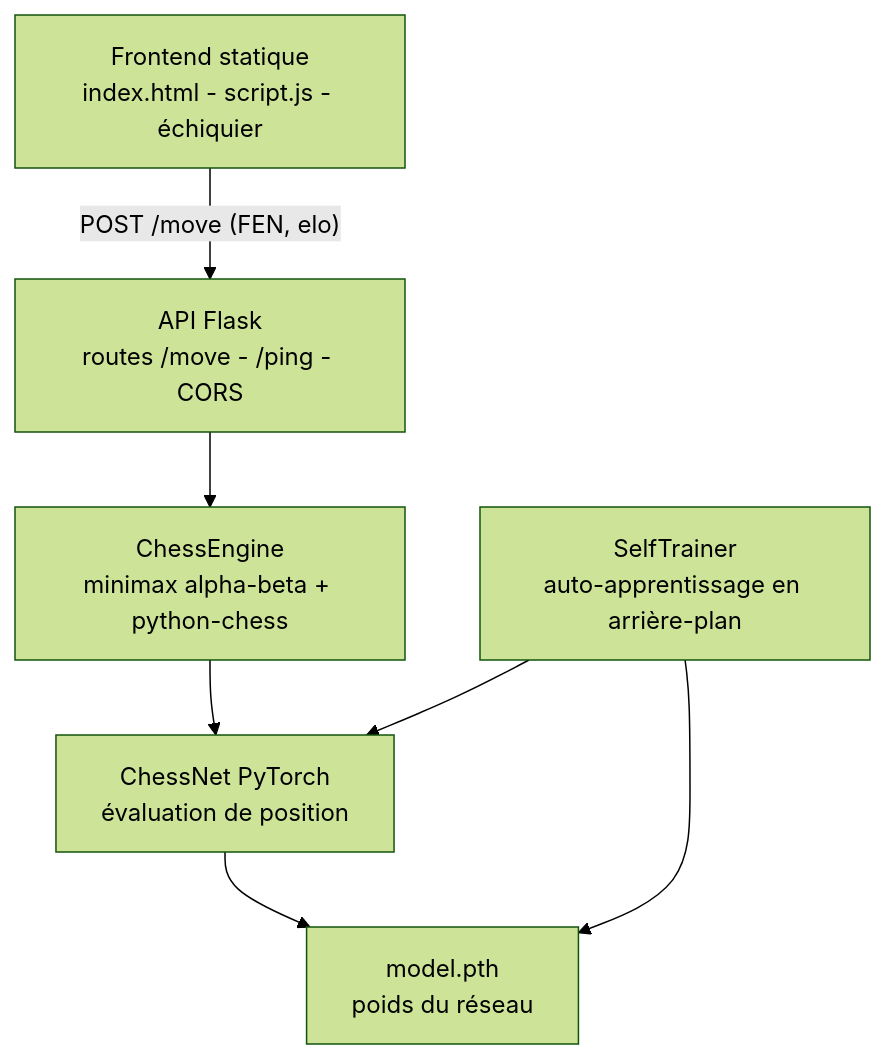
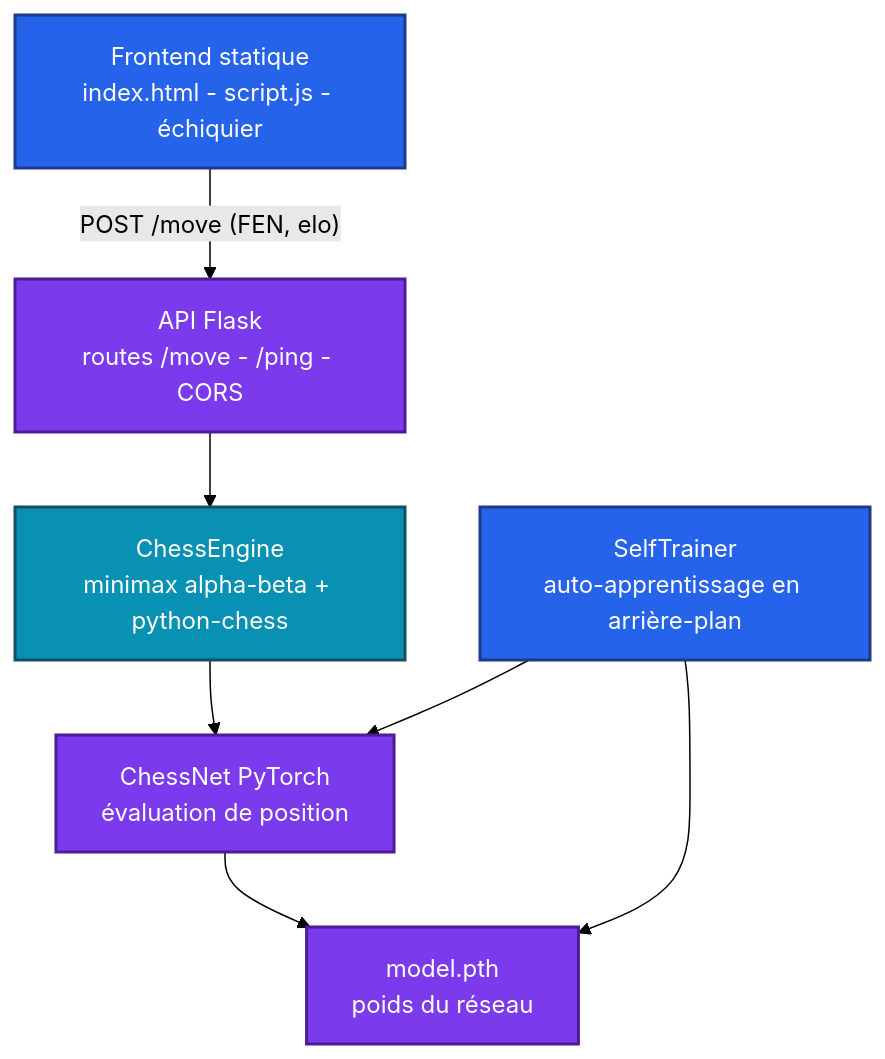
Before and after one commit to Adam-Blf/ChessAI-SelfLearning-Web: the diagram in README.md, drawn with Mermaid (forest theme).

Commit message:
docs: add colors to mermaid diagrams (#4)
Each node gets a palette class (by subgraph or by flow depth), subgraphs are tinted, non-flowchart diagrams use a colored base theme. Validated by rendering every diagram before and after.

````diff
--- a/README.md
+++ b/README.md
@@ -24,16 +24,23 @@
 ```mermaid
 flowchart TB
     Front["Frontend statique<br/>index.html - script.js - échiquier"]
     API["API Flask<br/>routes /move - /ping - CORS"]
     Engine["ChessEngine<br/>minimax alpha-beta + python-chess"]
     Net["ChessNet PyTorch<br/>évaluation de position"]
     Trainer["SelfTrainer<br/>auto-apprentissage en arrière-plan"]
     Model["model.pth<br/>poids du réseau"]
 
     Front -->|"POST /move (FEN, elo)"| API
     API --> Engine
     Engine --> Net
     Trainer --> Net
     Net --> Model
     Trainer --> Model
+
+    classDef c0 fill:#2563eb,stroke:#1e3a8a,stroke-width:2px,color:#ffffff
+    classDef c1 fill:#7c3aed,stroke:#4c1d95,stroke-width:2px,color:#ffffff
+    classDef c2 fill:#0891b2,stroke:#164e63,stroke-width:2px,color:#ffffff
+    class Front,Trainer c0
+    class API,Net,Model c1
+    class Engine c2
 ```
````
